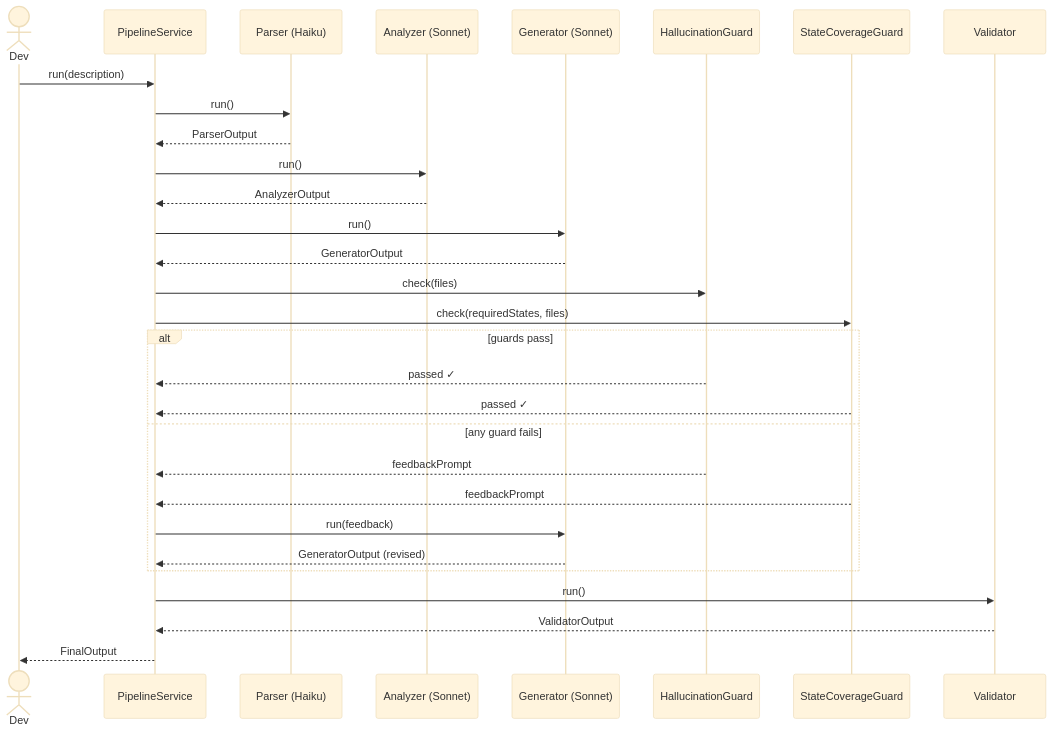
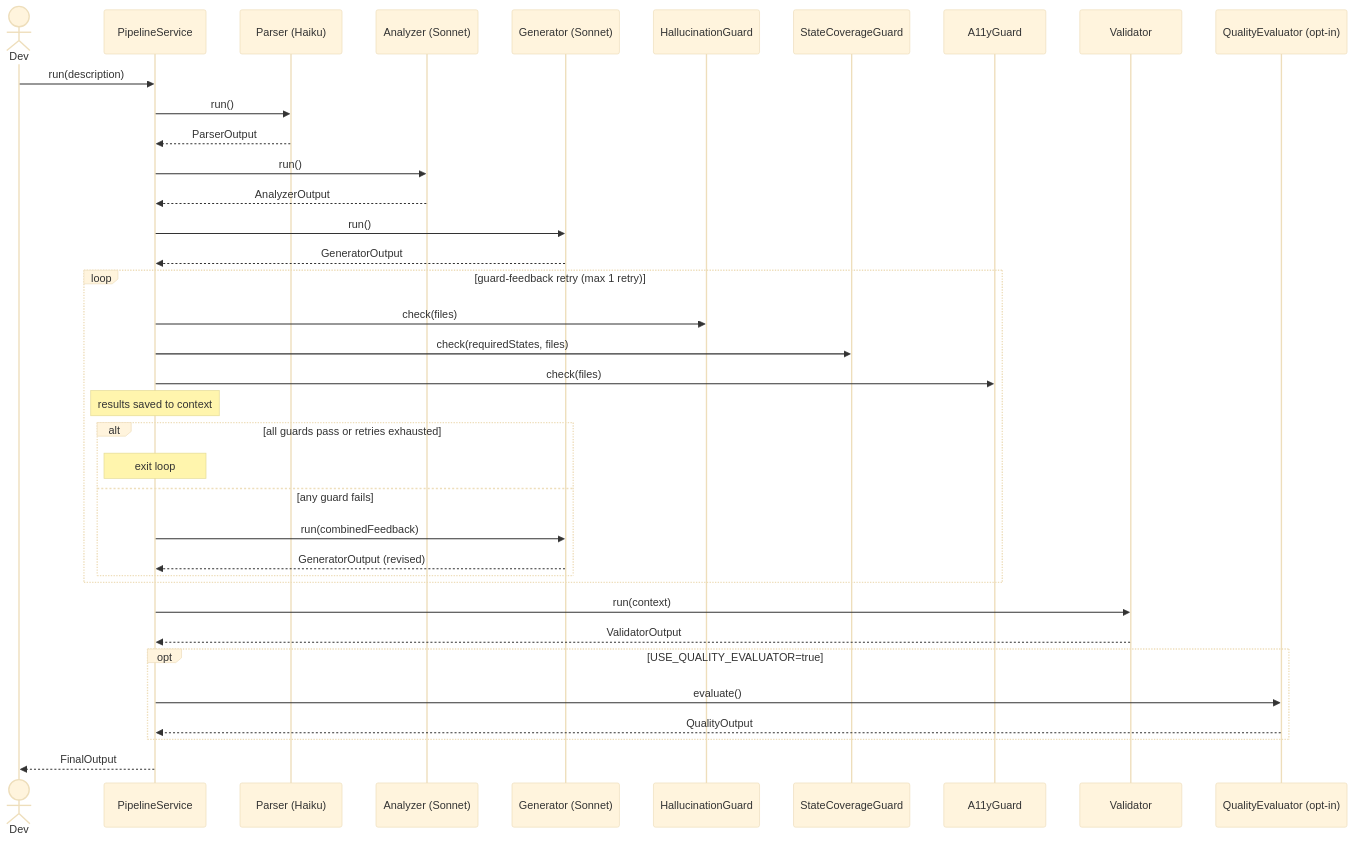
Before and after one commit to just3is-dev/unlimit-test: the third of 3 diagrams in README.md, drawn with Mermaid (base theme). The commit also changed other lines of this file, not shown here.

Commit message:
docs: update C2 and sequence diagrams to reflect current architecture
C2:
- Add A11yGuard to reliability node
- Fix arrow: guards are called by PipelineService, not agents
- Add QualityEvaluator as separate opt-in node with dashed arrow

Sequence diagram:
- Add A11yGuard and QualityEvaluator participants
- Replace incorrect alt/else with loop block reflecting actual retry structure:
  guards run after every Generator call, results saved to context
- Show ValidatorAgent receiving context (not re-running guards)
- Add opt block for QualityEvaluator

````diff
--- a/README.md
+++ b/README.md
@@ -136,38 +139,47 @@
 ```mermaid
 sequenceDiagram
     actor Dev
     participant PS as PipelineService
     participant PA as Parser (Haiku)
     participant AA as Analyzer (Sonnet)
     participant GA as Generator (Sonnet)
     participant HG as HallucinationGuard
-    participant CC as StateCoverageGuard
+    participant SC as StateCoverageGuard
+    participant AG as A11yGuard
     participant VA as Validator
+    participant QE as QualityEvaluator (opt-in)
 
     Dev->>PS: run(description)
     PS->>PA: run()
     PA-->>PS: ParserOutput
 
     PS->>AA: run()
     AA-->>PS: AnalyzerOutput
 
     PS->>GA: run()
     GA-->>PS: GeneratorOutput
 
-    PS->>HG: check(files)
-    PS->>CC: check(requiredStates, files)
+    loop guard-feedback retry (max 1 retry)
+        PS->>HG: check(files)
+        PS->>SC: check(requiredStates, files)
+        PS->>AG: check(files)
+        note over PS: results saved to context
 
-    alt guards pass
-        HG-->>PS: passed ✓
-        CC-->>PS: passed ✓
-    else any guard fails
-        HG-->>PS: feedbackPrompt
-        CC-->>PS: feedbackPrompt
-        PS->>GA: run(feedback)
-        GA-->>PS: GeneratorOutput (revised)
+        alt all guards pass or retries exhausted
+            note over PS: exit loop
+        else any guard fails
+            PS->>GA: run(combinedFeedback)
+            GA-->>PS: GeneratorOutput (revised)
+        end
     end
 
-    PS->>VA: run()
+    PS->>VA: run(context)
     VA-->>PS: ValidatorOutput
+
+    opt USE_QUALITY_EVALUATOR=true
+        PS->>QE: evaluate()
+        QE-->>PS: QualityOutput
+    end
+
     PS-->>Dev: FinalOutput
 ```
````
